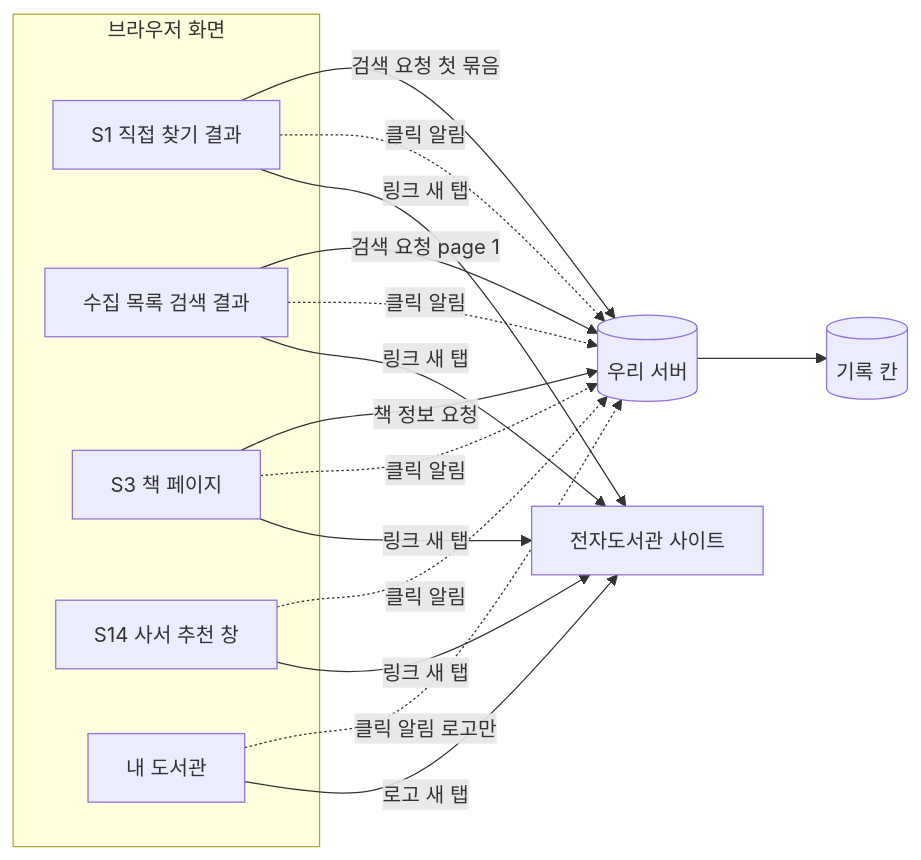
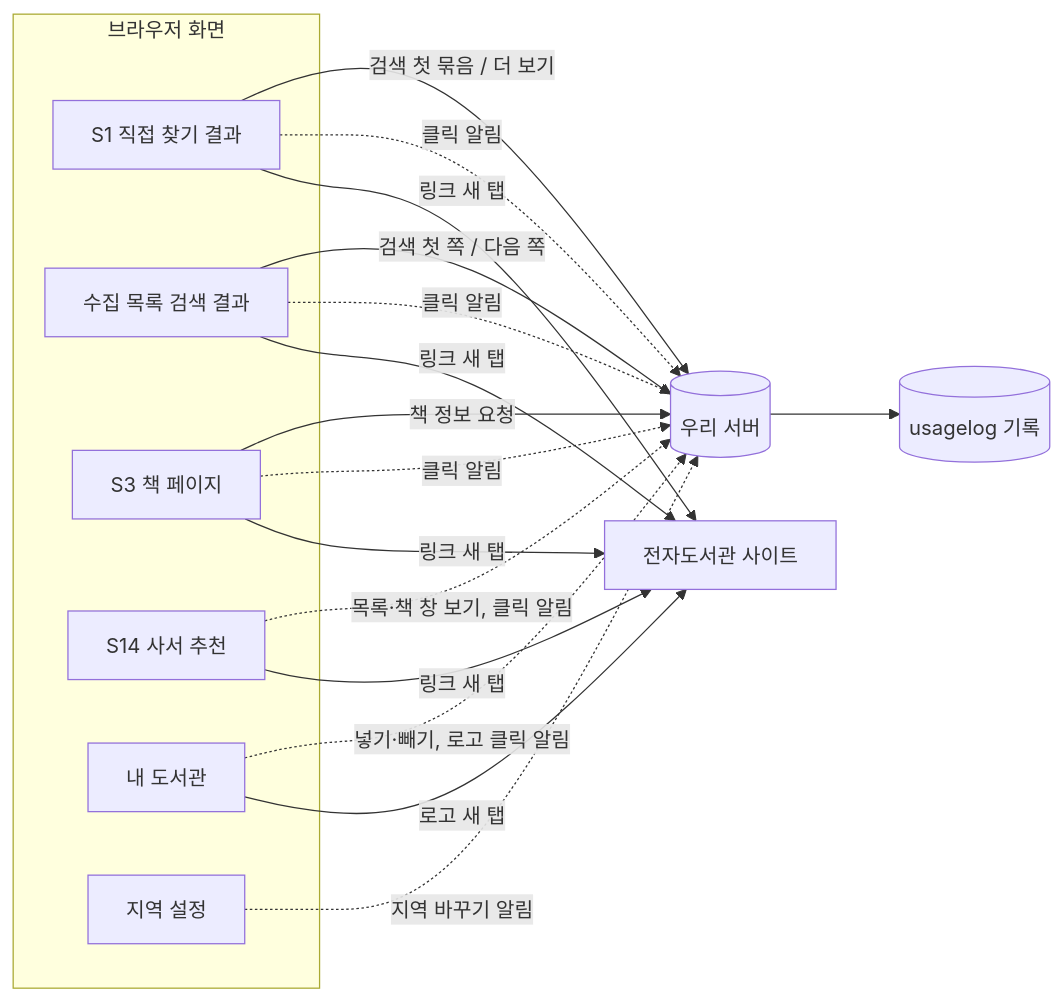
One commit to hodu-sketch/chaekcheck-plan changed the diagram in docs/cycles/15-usage-log/flow.md. Above: the diagram before and after it, drawn with Mermaid. The commit also changed other lines of this file and 16 other files, not shown here.

````diff
--- a/docs/cycles/15-usage-log/flow.md
+++ b/docs/cycles/15-usage-log/flow.md
@@ -10,24 +11,26 @@
 ```mermaid
 flowchart LR
   subgraph W[브라우저 화면]
     S1[S1 직접 찾기 결과]
     I[수집 목록 검색 결과]
     S3[S3 책 페이지]
-    S14[S14 사서 추천 창]
+    S14[S14 사서 추천]
     ML[내 도서관]
+    RG[지역 설정]
   end
-  S1 -- 검색 요청 첫 묶음 --> SV[(우리 서버)]
-  I -- 검색 요청 page 1 --> SV
+  S1 -- 검색 첫 묶음 / 더 보기 --> SV[(우리 서버)]
+  I -- 검색 첫 쪽 / 다음 쪽 --> SV
   S3 -- 책 정보 요청 --> SV
   S1 -. 클릭 알림 .-> SV
   I -. 클릭 알림 .-> SV
   S3 -. 클릭 알림 .-> SV
-  S14 -. 클릭 알림 .-> SV
-  ML -. 클릭 알림 로고만 .-> SV
+  S14 -. 목록·책 창 보기, 클릭 알림 .-> SV
+  ML -. 넣기·빼기, 로고 클릭 알림 .-> SV
+  RG -. 지역 바꾸기 알림 .-> SV
   S1 -- 링크 새 탭 --> LIB[전자도서관 사이트]
   I -- 링크 새 탭 --> LIB
   S3 -- 링크 새 탭 --> LIB
   S14 -- 링크 새 탭 --> LIB
   ML -- 로고 새 탭 --> LIB
-  SV --> DB[(기록 칸)]
+  SV --> DB[(usagelog 기록)]
 ```
````
